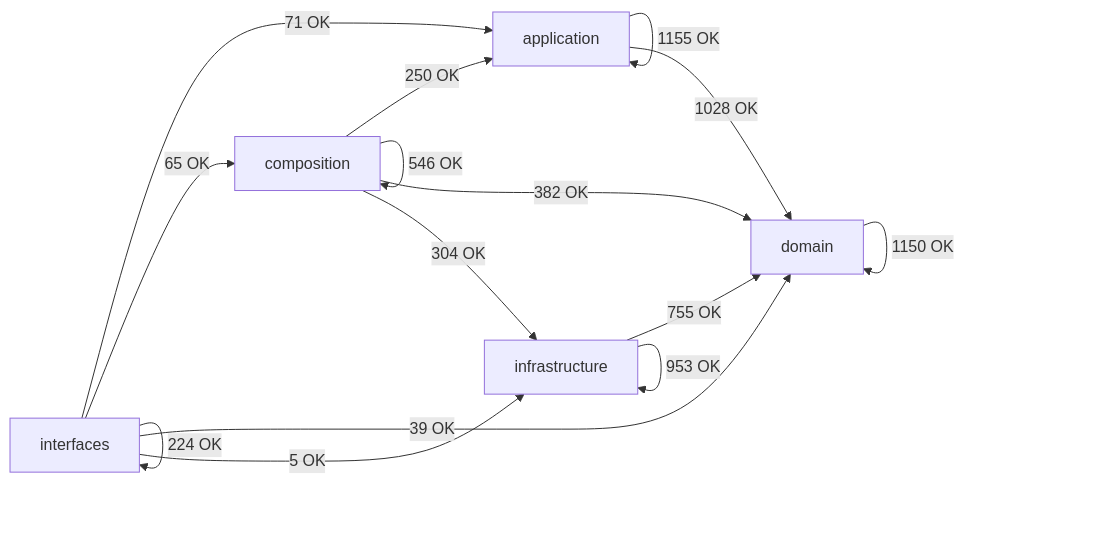
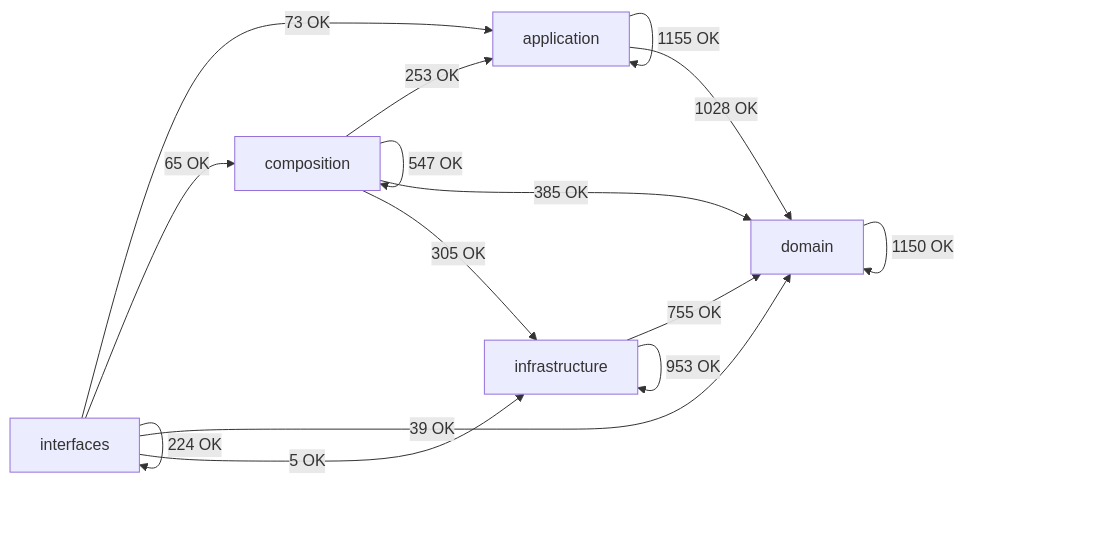
The diagram in docs/02-architecture/generated/module-dependency-map.md (SatoryKono/BioactivityDataAcquisition), drawn with Mermaid before and after one commit. The commit also changed other lines of this file and 1 other file, not shown here.

````diff
--- a/docs/02-architecture/generated/module-dependency-map.md
+++ b/docs/02-architecture/generated/module-dependency-map.md
@@ -17,22 +17,22 @@
 ```mermaid
 flowchart LR
     domain[domain]
     application[application]
     infrastructure[infrastructure]
     composition[composition]
     interfaces[interfaces]
     application -->|1155 OK| application
     application -->|1028 OK| domain
-    composition -->|250 OK| application
-    composition -->|546 OK| composition
-    composition -->|382 OK| domain
-    composition -->|304 OK| infrastructure
+    composition -->|253 OK| application
+    composition -->|547 OK| composition
+    composition -->|385 OK| domain
+    composition -->|305 OK| infrastructure
     domain -->|1150 OK| domain
     infrastructure -->|755 OK| domain
     infrastructure -->|953 OK| infrastructure
-    interfaces -->|71 OK| application
+    interfaces -->|73 OK| application
     interfaces -->|65 OK| composition
     interfaces -->|39 OK| domain
     interfaces -->|5 OK| infrastructure
     interfaces -->|224 OK| interfaces
 ```
````
